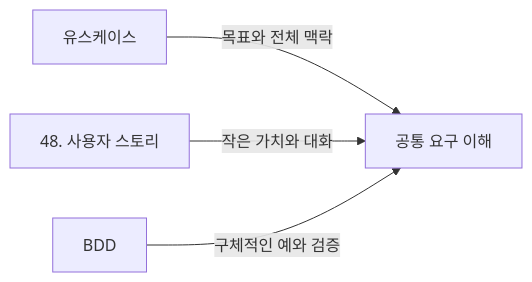
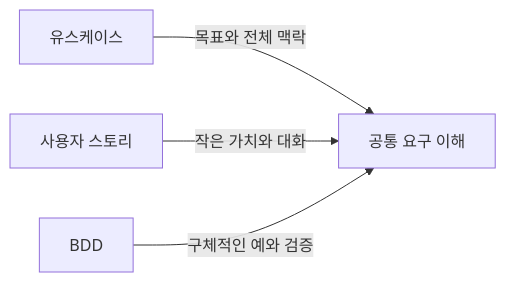
Before and after one commit to YoungSan77/TrainingMaterials: the ninth of 12 diagrams in courses/ooad/sessions/s02.md, drawn with Mermaid. The commit also changed other lines of this file and 44 other files, not shown here.

````diff
--- a/courses/ooad/sessions/s02.md
+++ b/courses/ooad/sessions/s02.md
@@ -1553,6 +1833,6 @@
 ```mermaid
 flowchart LR
     U["유스케이스"] -->|목표와 전체 맥락| G["공통 요구 이해"]
-    S["48. 사용자 스토리"] -->|작은 가치와 대화| G
+    S["사용자 스토리"] -->|작은 가치와 대화| G
     B["BDD"] -->|구체적인 예와 검증| G
 ```
````
